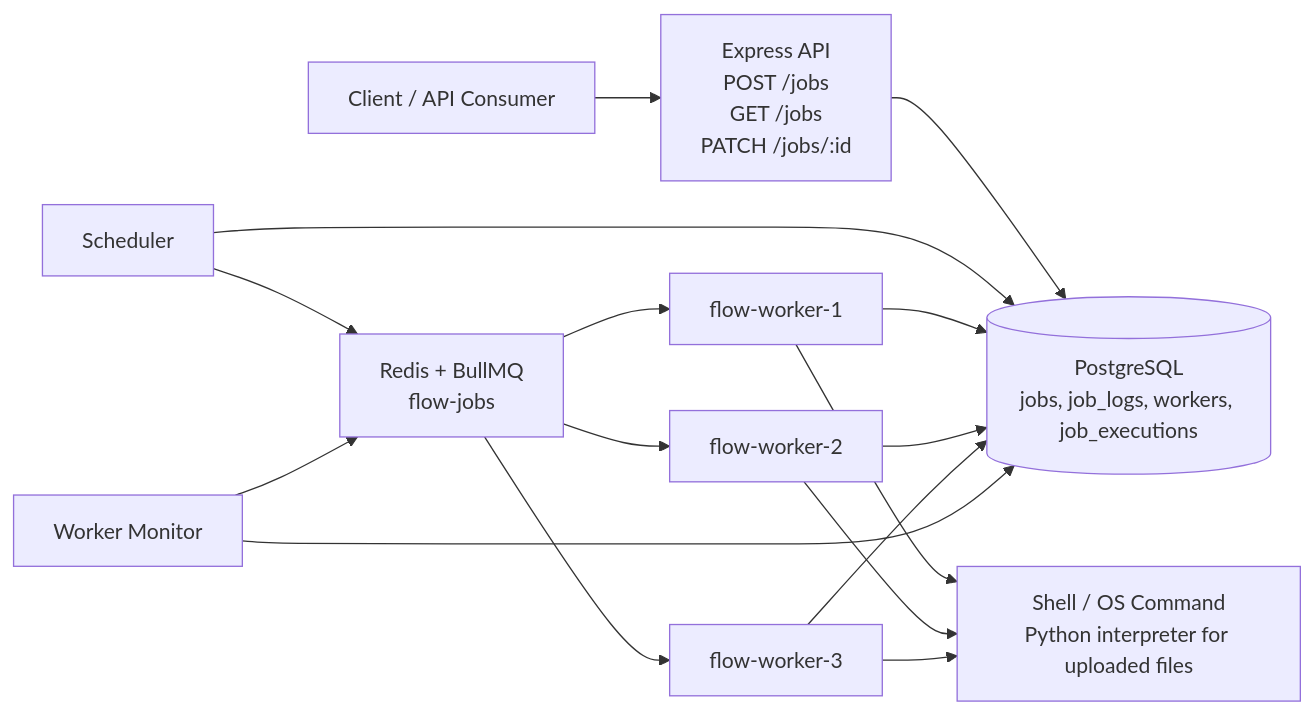
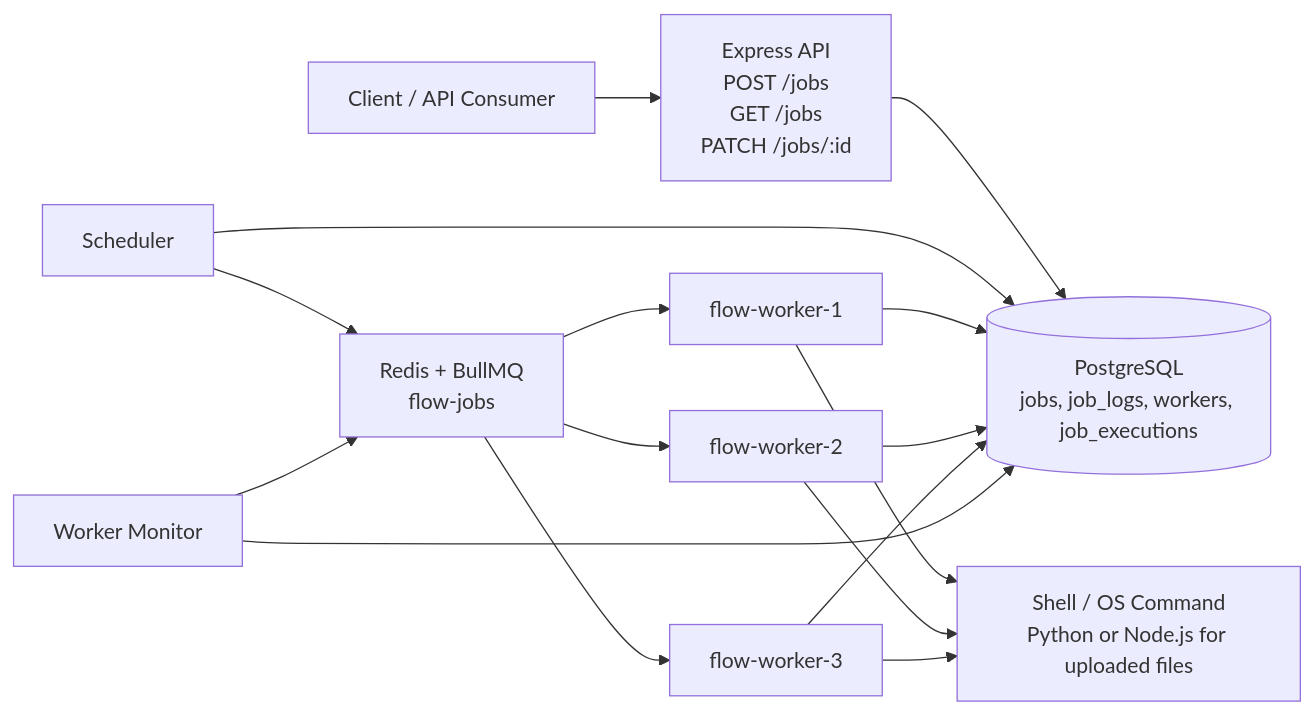
One commit to kanupriya-sharma19/FLOW changed the first of 6 diagrams in README.md. Above: the diagram before and after it, drawn with Mermaid. The commit also changed other lines of this file and 5 other files, not shown here.

````diff
--- a/README.md
+++ b/README.md
@@ -43,18 +43,18 @@
 ```mermaid
 flowchart LR
     Client[Client / API Consumer] --> API[Express API\nPOST /jobs\nGET /jobs\nPATCH /jobs/:id]
     API --> PG[(PostgreSQL\njobs, job_logs, workers, job_executions)]
     Scheduler --> PG
     Scheduler --> Queue[Redis + BullMQ\nflow-jobs]
     Queue --> Worker1[flow-worker-1]
     Queue --> Worker2[flow-worker-2]
     Queue --> Worker3[flow-worker-3]
-    Worker1 --> OS[Shell / OS Command\nPython interpreter for uploaded files]
+    Worker1 --> OS[Shell / OS Command\nPython or Node.js for uploaded files]
     Worker2 --> OS
     Worker3 --> OS
     Worker1 --> PG
     Worker2 --> PG
     Worker3 --> PG
     Monitor[Worker Monitor] --> PG
     Monitor --> Queue
 ```
````
